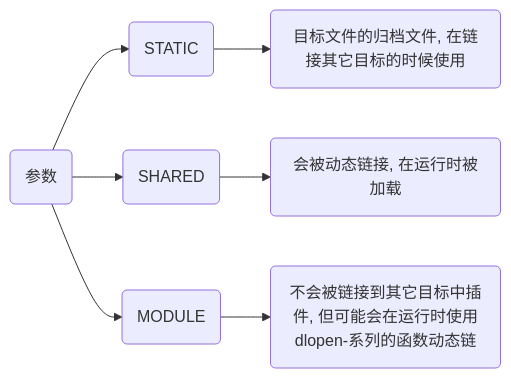
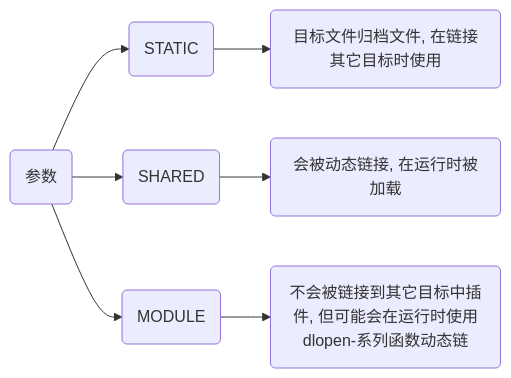
The second of 2 diagrams in _posts/Language/C&C++/BuildTool/CMake/2024-10-16-CMake流程.md (dmjcb/dmjcb.github.io), drawn with Mermaid before and after one commit. The commit also changed other lines of this file and 74 other files, not shown here.

````diff
--- a/_posts/Language/C&C++/BuildTool/CMake/2024-10-16-CMake流程.md
+++ b/_posts/Language/C&C++/BuildTool/CMake/2024-10-16-CMake流程.md
@@ -219,7 +219,7 @@
 ```mermaid
 graph LR
     X(参数)
-    X --> A(STATIC) --> A1(目标文件的归档文件, 在链接其它目标的时候使用)
+    X --> A(STATIC) --> A1(目标文件归档文件, 在链接其它目标时使用)
     X --> B(SHARED) --> B1(会被动态链接, 在运行时被加载)
-    X --> C(MODULE) --> C1(不会被链接到其它目标中插件, 但可能会在运行时使用dlopen-系列的函数动态链)
+    X --> C(MODULE) --> C1(不会被链接到其它目标中插件, 但可能会在运行时使用dlopen-系列函数动态链)
 ```
````
